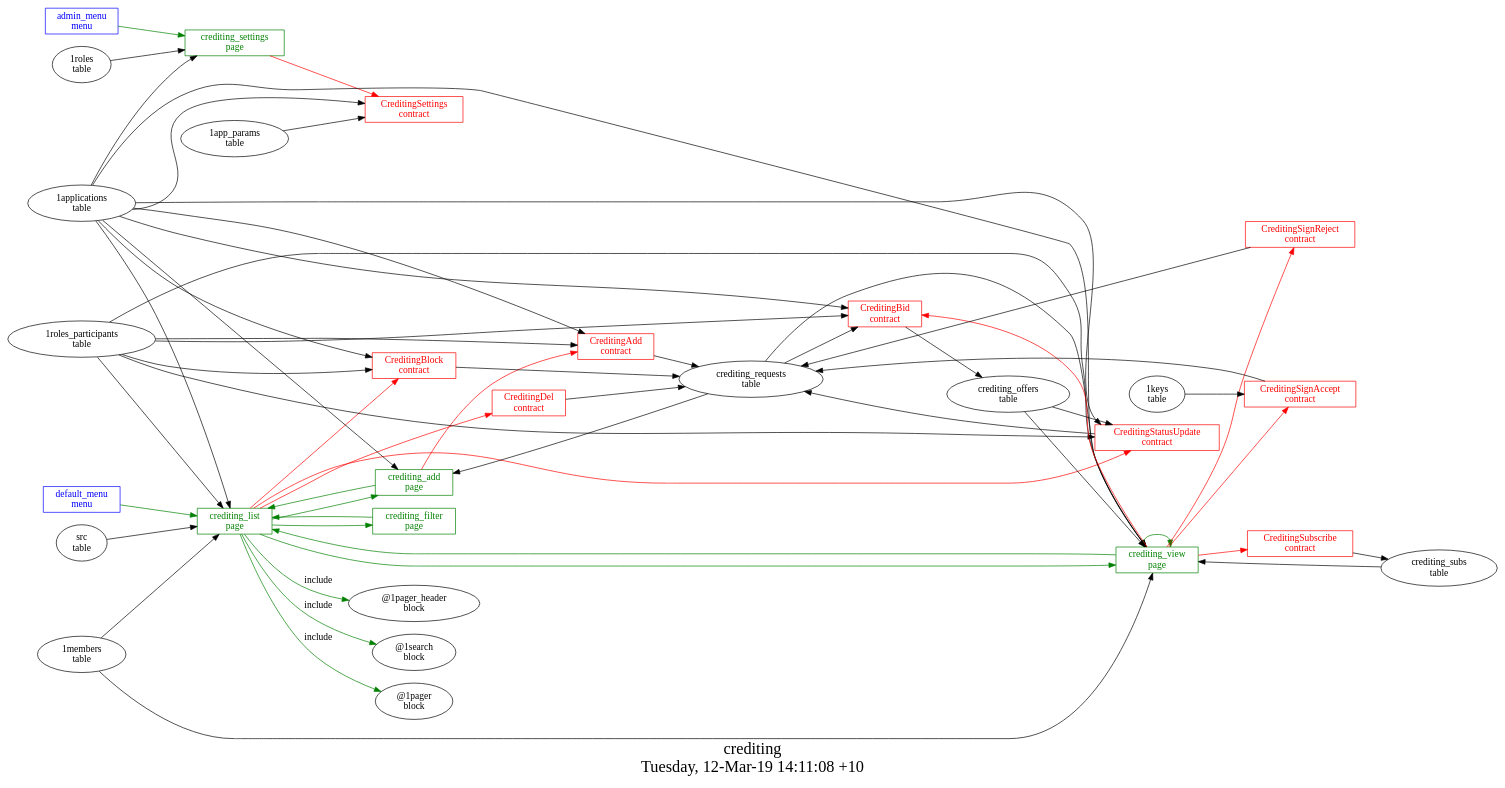
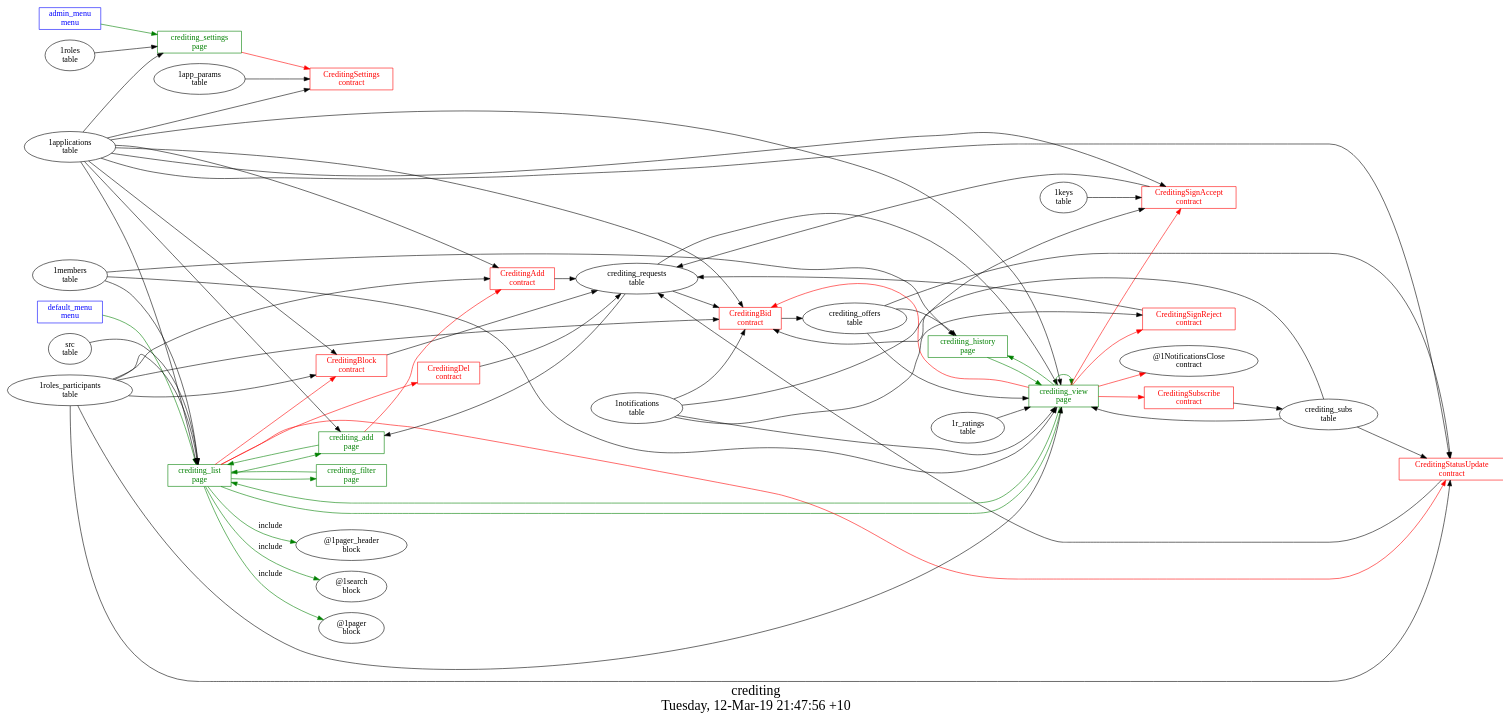
The diagram in ecosystem_apps/сrediting/struct.dot (AplaProject/apps), drawn with Graphviz before and after one commit. The commit also changed 10 other files, not shown here.

Commit message:
Crediting: Permissions, TokensSend, History, Rating

```diff
--- a/ecosystem_apps/сrediting/struct.dot
+++ b/ecosystem_apps/сrediting/struct.dot
@@ -1,83 +1,97 @@
 digraph G {
 fontsize="24";
-label="сrediting\nTuesday, 12-Mar-19 14:11:08 +10";
+label="сrediting\nTuesday, 12-Mar-19 21:47:56 +10";
 nojustify=true;
 ordering=out;
 rankdir=LR;
 size="30";
 "admin_menu\nmenu" -> "crediting_settings\npage"  [ color=green ]
 "admin_menu\nmenu" [color=blue, fontcolor=blue, group=menus, shape=record];
 "default_menu\nmenu" -> "crediting_list\npage"  [ color=green ]
 "default_menu\nmenu" [color=blue, fontcolor=blue, group=menus, shape=record];
 "crediting_add\npage" -> "CreditingAdd\ncontract"  [ color=red ]
 "1applications\ntable" -> "crediting_add\npage"
 "crediting_requests\ntable" -> "crediting_add\npage"
 "crediting_add\npage" -> "crediting_list\npage"  [ color=green ]
 "crediting_add\npage" [color=green, fontcolor=green, group=pages, shape=record];
 "crediting_filter\npage" -> "crediting_list\npage"  [ color=green ]
 "crediting_filter\npage" [color=green, fontcolor=green, group=pages, shape=record];
+"crediting_offers\ntable" -> "crediting_history\npage"
+"1members\ntable" -> "crediting_history\npage"
+"crediting_history\npage" -> "crediting_view\npage"  [ color=green ]
+"crediting_history\npage" [color=green, fontcolor=green, group=pages, shape=record];
 "crediting_list\npage" -> "CreditingStatusUpdate\ncontract"  [ color=red ]
 "crediting_list\npage" -> "CreditingDel\ncontract"  [ color=red ]
 "crediting_list\npage" -> "CreditingBlock\ncontract"  [ color=red ]
 "1applications\ntable" -> "crediting_list\npage"
 "1roles_participants\ntable" -> "crediting_list\npage"
 "src\ntable" -> "crediting_list\npage"
 "1members\ntable" -> "crediting_list\npage"
 "crediting_list\npage" -> "crediting_add\npage"  [ color=green ]
 "crediting_list\npage" -> "crediting_filter\npage"  [ color=green ]
 "crediting_list\npage" -> "crediting_view\npage"  [ color=green ]
 "crediting_list\npage" -> "@1pager_header\nblock"  [ color=green, label=include ]
 "crediting_list\npage" -> "@1search\nblock"  [ color=green, label=include ]
 "crediting_list\npage" -> "@1pager\nblock"  [ color=green, label=include ]
 "crediting_list\npage" [color=green, fontcolor=green, group=pages, shape=record];
 "crediting_settings\npage" -> "CreditingSettings\ncontract"  [ color=red ]
 "1applications\ntable" -> "crediting_settings\npage"
 "1roles\ntable" -> "crediting_settings\npage"
 "crediting_settings\npage" [color=green, fontcolor=green, group=pages, shape=record];
 "crediting_view\npage" -> "CreditingBid\ncontract"  [ color=red ]
 "crediting_view\npage" -> "CreditingSignReject\ncontract"  [ color=red ]
 "crediting_view\npage" -> "CreditingSignAccept\ncontract"  [ color=red ]
+"crediting_view\npage" -> "@1NotificationsClose\ncontract"  [ color=red ]
 "crediting_view\npage" -> "CreditingSubscribe\ncontract"  [ color=red ]
 "1applications\ntable" -> "crediting_view\npage"
 "1roles_participants\ntable" -> "crediting_view\npage"
+"1notifications\ntable" -> "crediting_view\npage"
 "crediting_requests\ntable" -> "crediting_view\npage"
 "1members\ntable" -> "crediting_view\npage"
+"1r_ratings\ntable" -> "crediting_view\npage"
 "crediting_offers\ntable" -> "crediting_view\npage"
 "crediting_subs\ntable" -> "crediting_view\npage"
 "crediting_view\npage" -> "crediting_view\npage"  [ color=green ]
+"crediting_view\npage" -> "crediting_history\npage"  [ color=green ]
 "crediting_view\npage" -> "crediting_list\npage"  [ color=green ]
 "crediting_view\npage" [color=green, fontcolor=green, group=pages, shape=record];
 "CreditingAdd\ncontract" -> "crediting_requests\ntable"  [ color="" ]
 "1applications\ntable" -> "CreditingAdd\ncontract"
 "1roles_participants\ntable" -> "CreditingAdd\ncontract"
 "CreditingAdd\ncontract" [color=red, fontcolor=red, group=contracts, shape=record];
 "CreditingBid\ncontract" -> "crediting_offers\ntable"  [ color="" ]
+"1notifications\ntable" -> "CreditingBid\ncontract"
+"crediting_subs\ntable" -> "CreditingBid\ncontract"
 "1applications\ntable" -> "CreditingBid\ncontract"
 "1roles_participants\ntable" -> "CreditingBid\ncontract"
 "crediting_requests\ntable" -> "CreditingBid\ncontract"
 "CreditingBid\ncontract" [color=red, fontcolor=red, group=contracts, shape=record];
 "CreditingBlock\ncontract" -> "crediting_requests\ntable"  [ color="" ]
 "1applications\ntable" -> "CreditingBlock\ncontract"
 "1roles_participants\ntable" -> "CreditingBlock\ncontract"
 "CreditingBlock\ncontract" [color=red, fontcolor=red, group=contracts, shape=record];
 "CreditingDel\ncontract" -> "crediting_requests\ntable"  [ color="" ]
 "CreditingDel\ncontract" [color=red, fontcolor=red, group=contracts, shape=record];
 "1app_params\ntable" -> "CreditingSettings\ncontract"
 "1applications\ntable" -> "CreditingSettings\ncontract"
 "CreditingSettings\ncontract" [color=red, fontcolor=red, group=contracts, shape=record];
 "CreditingSignAccept\ncontract" -> "crediting_requests\ntable"  [ color="" ]
+"1notifications\ntable" -> "CreditingSignAccept\ncontract"
 "1keys\ntable" -> "CreditingSignAccept\ncontract"
+"1applications\ntable" -> "CreditingSignAccept\ncontract"
 "CreditingSignAccept\ncontract" [color=red, fontcolor=red, group=contracts, shape=record];
 "CreditingSignReject\ncontract" -> "crediting_requests\ntable"  [ color="" ]
+"1notifications\ntable" -> "CreditingSignReject\ncontract"
 "CreditingSignReject\ncontract" [color=red, fontcolor=red, group=contracts, shape=record];
 "CreditingStatusUpdate\ncontract" -> "crediting_requests\ntable"  [ color="" ]
 "crediting_offers\ntable" -> "CreditingStatusUpdate\ncontract"
+"crediting_subs\ntable" -> "CreditingStatusUpdate\ncontract"
 "1applications\ntable" -> "CreditingStatusUpdate\ncontract"
 "1roles_participants\ntable" -> "CreditingStatusUpdate\ncontract"
 "CreditingStatusUpdate\ncontract" [color=red, fontcolor=red, group=contracts, shape=record];
 "CreditingSubscribe\ncontract" -> "crediting_subs\ntable"  [ color="" ]
 "CreditingSubscribe\ncontract" [color=red, fontcolor=red, group=contracts, shape=record];
 "crediting_offers\ntable" [color="", fontcolor="", group=tables, shape=""];
 "crediting_requests\ntable" [color="", fontcolor="", group=tables, shape=""];
 "crediting_subs\ntable" [color="", fontcolor="", group=tables, shape=""];
 }
```
